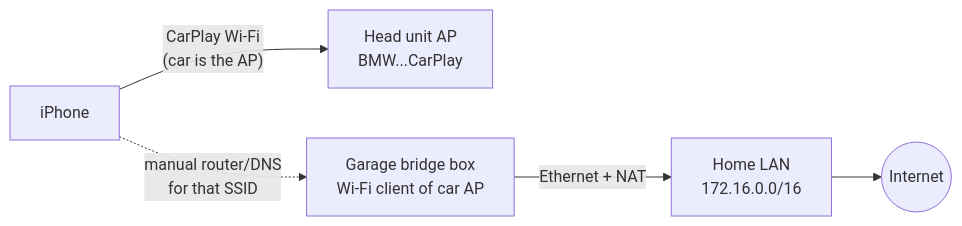
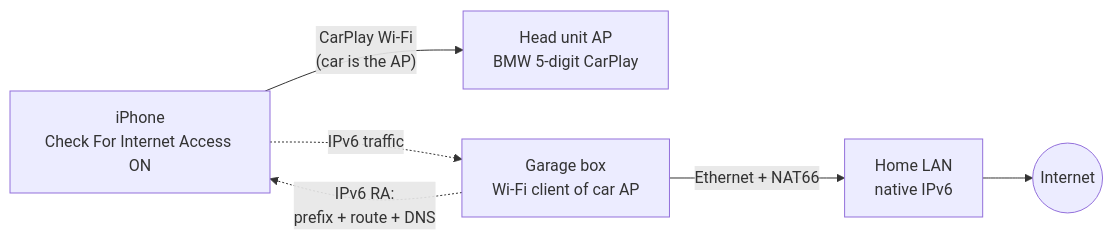
One commit to ParkWardRR/internet-over-wireless-carplay changed the diagram in README.md. Above: the diagram before and after it, drawn with Mermaid. The commit also changed other lines of this file and 2 other files, not shown here.

First line of the commit message:
feat: route the iPhone over IPv6 router advertisements on the car Wi-Fi

````diff
--- a/README.md
+++ b/README.md
@@ -13,7 +20,8 @@
 ```mermaid
 flowchart LR
-  P[iPhone] -- "CarPlay Wi-Fi<br/>(car is the AP)" --> HU[Head unit AP<br/>BMW...CarPlay]
-  P -. "manual router/DNS<br/>for that SSID" .-> B
-  B[Garage bridge box<br/>Wi-Fi client of car AP] -- "Ethernet + NAT" --> L[Home LAN<br/>172.16.0.0/16]
+  P[iPhone<br/>Check For Internet Access ON] -- "CarPlay Wi-Fi<br/>(car is the AP)" --> HU[Head unit AP<br/>BMW 5-digit CarPlay]
+  B[Garage box<br/>Wi-Fi client of car AP] -. "IPv6 RA:<br/>prefix + route + DNS" .-> P
+  P -. "IPv6 traffic" .-> B
+  B -- "Ethernet + NAT66" --> L[Home LAN<br/>native IPv6]
   L --> W((Internet))
 ```
````
